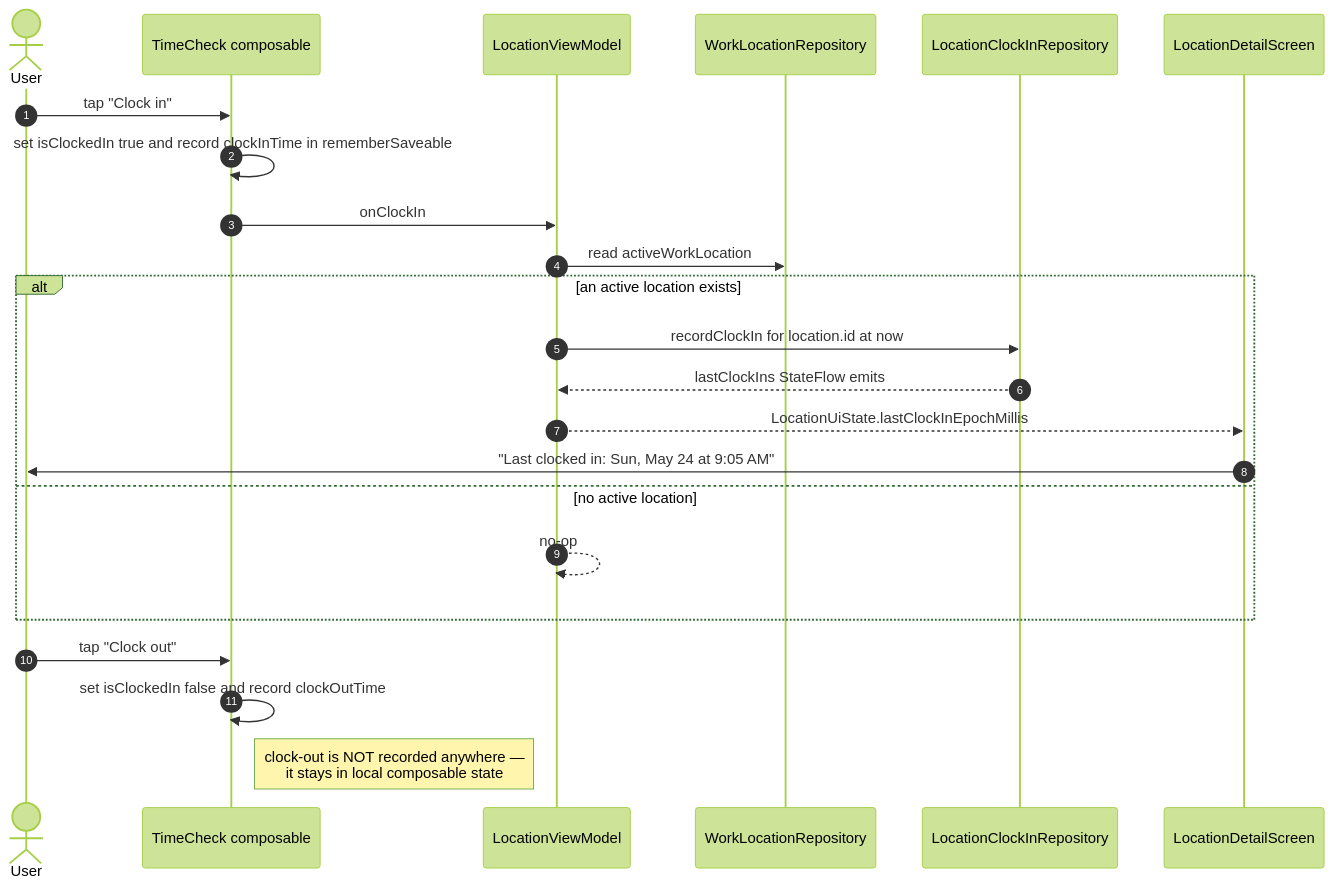
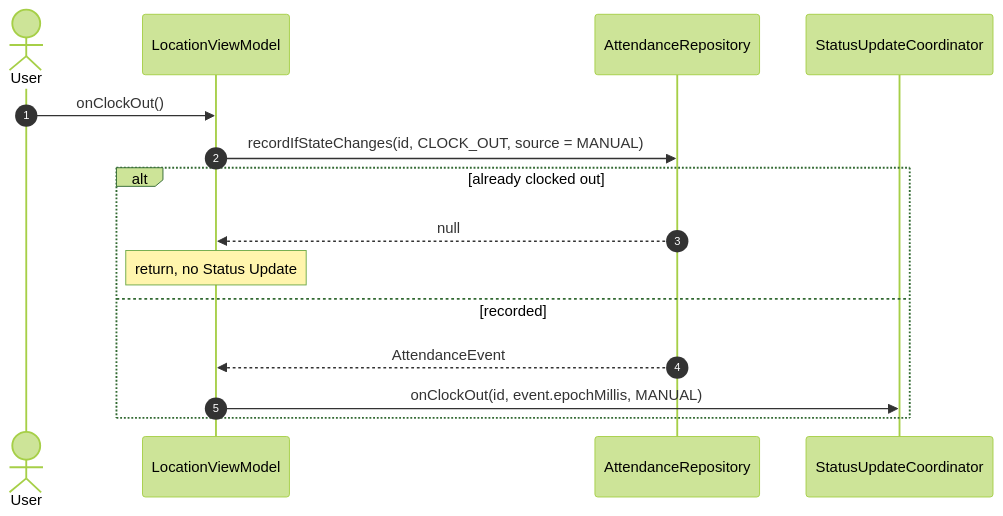
The seventh of 11 diagrams in docs/architecture/sequence-diagrams.md (jaustinjr-code/employee-attendance-android), drawn with Mermaid (forest theme) before and after one commit. The commit also changed other lines of this file and 53 other files, not shown here.

First line of the commit message:
Add Status Update prompt after every clock-out

````diff
--- a/docs/architecture/sequence-diagrams.md
+++ b/docs/architecture/sequence-diagrams.md
@@ -282,27 +281,18 @@
 ```mermaid
 sequenceDiagram
     autonumber
     actor U as User
-    participant TC as TimeCheck composable
     participant VM as LocationViewModel
-    participant WLR as WorkLocationRepository
-    participant CIR as LocationClockInRepository
-    participant LDS as LocationDetailScreen
+    participant AR as AttendanceRepository
+    participant SUC as StatusUpdateCoordinator
 
-    U->>TC: tap "Clock in"
-    TC->>TC: set isClockedIn true and record clockInTime in rememberSaveable
-    TC->>VM: onClockIn
-    VM->>WLR: read activeWorkLocation
-    alt an active location exists
-        VM->>CIR: recordClockIn for location.id at now
-        CIR-->>VM: lastClockIns StateFlow emits
-        VM-->>LDS: LocationUiState.lastClockInEpochMillis
-        LDS->>U: "Last clocked in: Sun, May 24 at 9:05 AM"
-    else no active location
-        VM-->>VM: no-op
+    U->>VM: onClockOut()
+    VM->>AR: recordIfStateChanges(id, CLOCK_OUT, source = MANUAL)
+    alt already clocked out
+        AR-->>VM: null
+        Note over VM: return, no Status Update
+    else recorded
+        AR-->>VM: AttendanceEvent
+        VM->>SUC: onClockOut(id, event.epochMillis, MANUAL)
     end
-
-    U->>TC: tap "Clock out"
-    TC->>TC: set isClockedIn false and record clockOutTime
-    Note right of TC: clock-out is NOT recorded anywhere —<br/>it stays in local composable state
 ```
````
